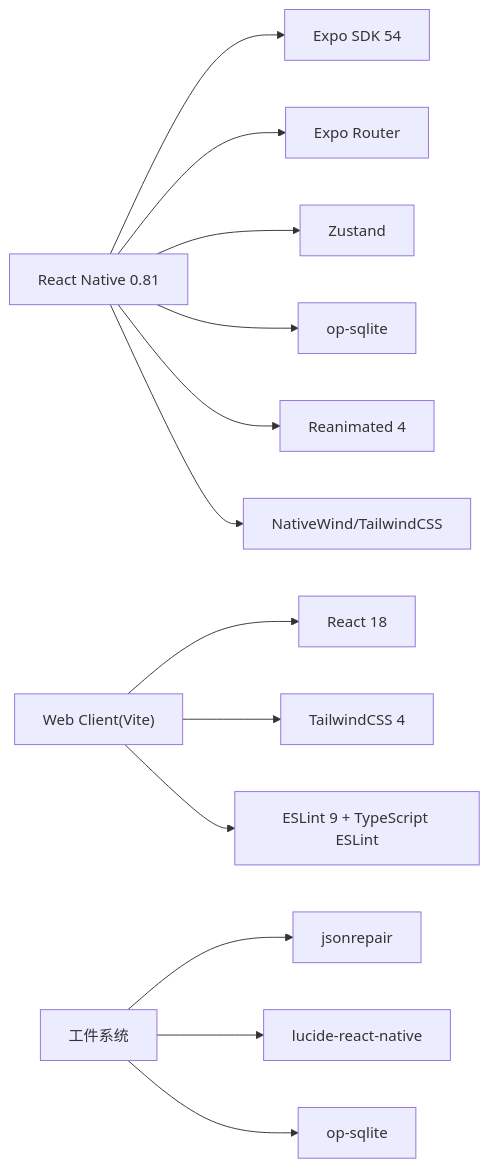
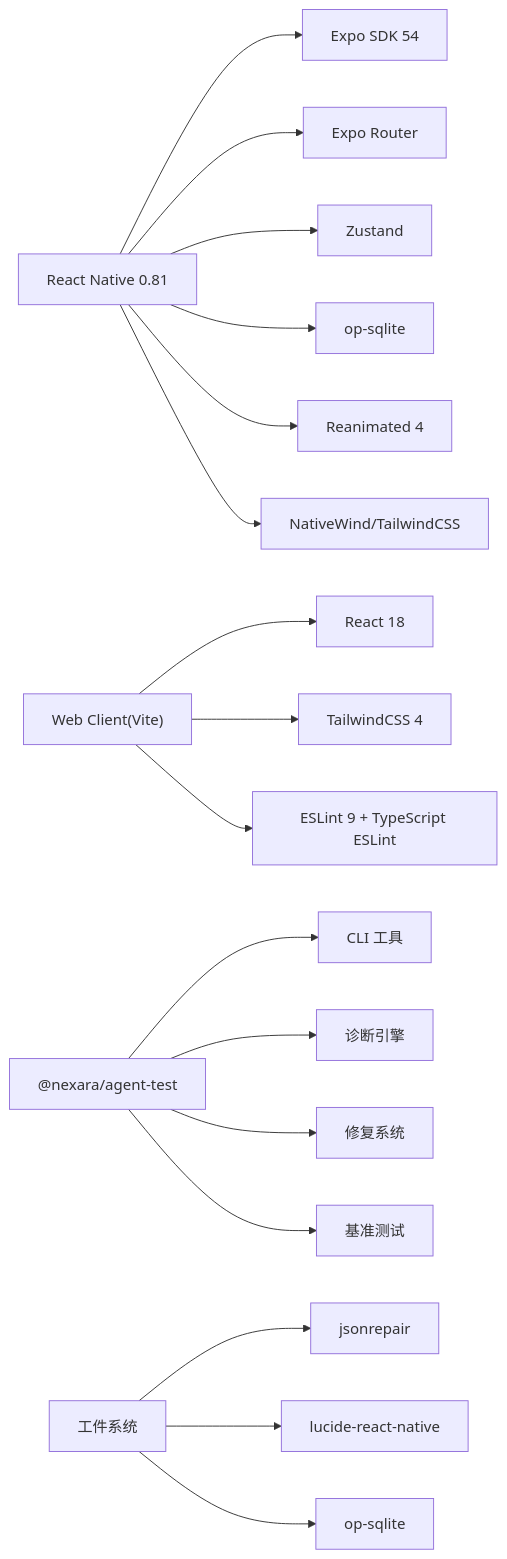
One commit to NarcisWL/Nexara changed diagram 15 of 15 in .qoder/repowiki/zh/content/开发指南/开发指南.md. Above: the diagram before and after it, drawn with Mermaid. The commit also changed other lines of this file and 19 other files, not shown here.

````diff
--- a/.qoder/repowiki/zh/content/开发指南/开发指南.md
+++ b/.qoder/repowiki/zh/content/开发指南/开发指南.md
@@ -545,15 +931,19 @@
 ```mermaid
 graph LR
 RN["React Native 0.81"] --> Expo["Expo SDK 54"]
 RN --> Router["Expo Router"]
 RN --> Zustand["Zustand"]
 RN --> SQLite["op-sqlite"]
 RN --> Anim["Reanimated 4"]
 RN --> NW["NativeWind/TailwindCSS"]
 WC["Web Client(Vite)"] --> WC_RN["React 18"]
 WC --> WC_TW["TailwindCSS 4"]
 WC --> WC_ES["ESLint 9 + TypeScript ESLint"]
+ATF["@nexara/agent-test"] --> CLI["CLI 工具"]
+ATF --> Diag["诊断引擎"]
+ATF --> Fix["修复系统"]
+ATF --> Bench["基准测试"]
 WS["工件系统"] --> WS_JSON["jsonrepair"]
 WS --> WS_LUCIDE["lucide-react-native"]
 WS --> WS_SQLITE["op-sqlite"]
 ```
````
